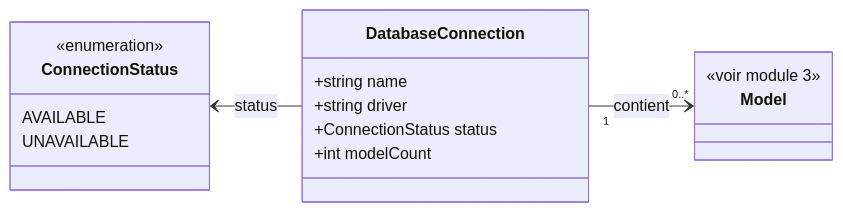
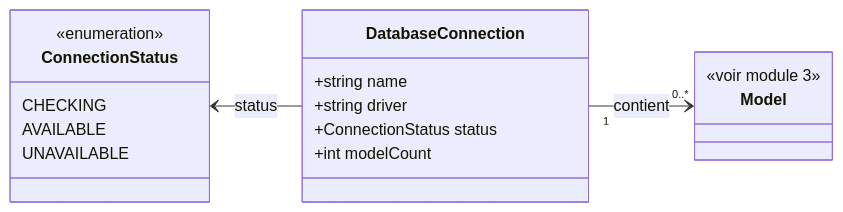
One commit to quatrebarbes/modelbase changed the diagram in docs/sfd/2. Bases de données.md. Above: the diagram before and after it, drawn with Mermaid. The commit also changed other lines of this file and 2 other files, not shown here.

First line of the commit message:
Fonctionnel : ajustement SFD & roadmap

````diff
--- a/docs/sfd/2. Bases de données.md
+++ b/docs/sfd/2. Bases de données.md
@@ -11,23 +11,24 @@
 ```mermaid
 classDiagram
     direction LR
     class DatabaseConnection {
         +string name
         +string driver
         +ConnectionStatus status
         +int modelCount
     }
 
     class ConnectionStatus {
         <<enumeration>>
+        CHECKING
         AVAILABLE
         UNAVAILABLE
     }
 
     class Model {
         <<voir module 3>>
     }
 
     ConnectionStatus <-- DatabaseConnection : status
     DatabaseConnection "1" --> "0..*" Model : contient
 ```
````
